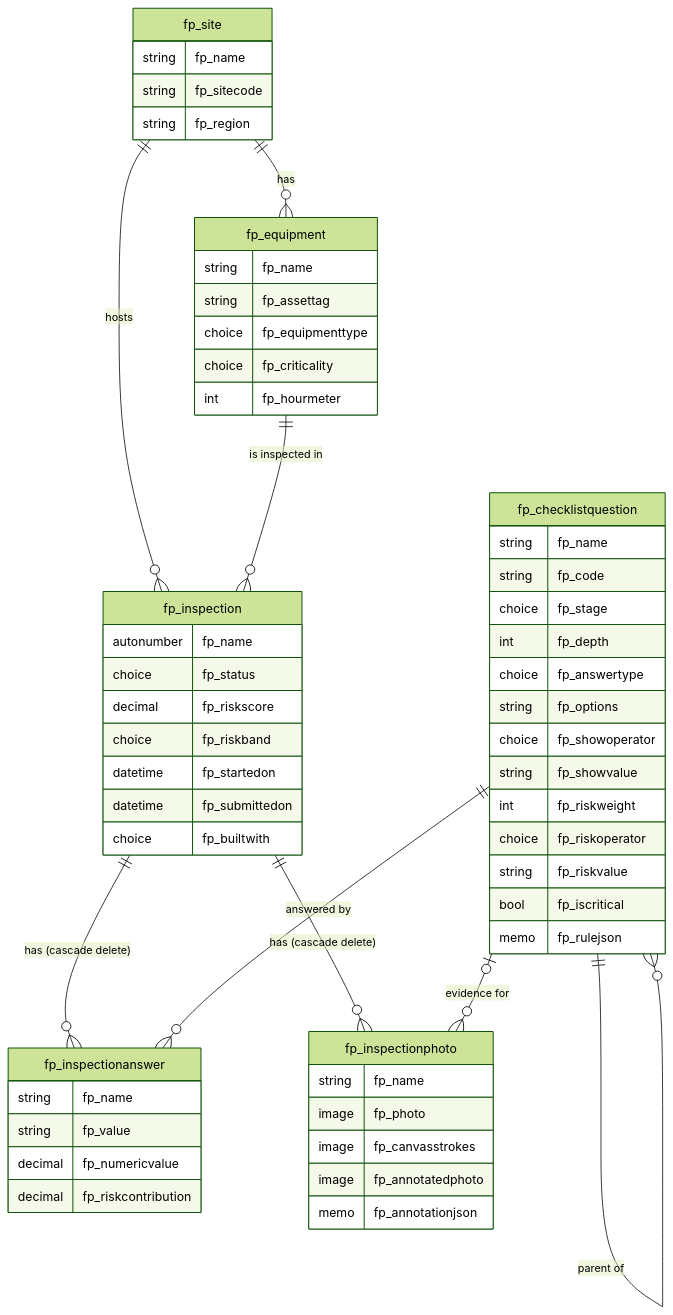
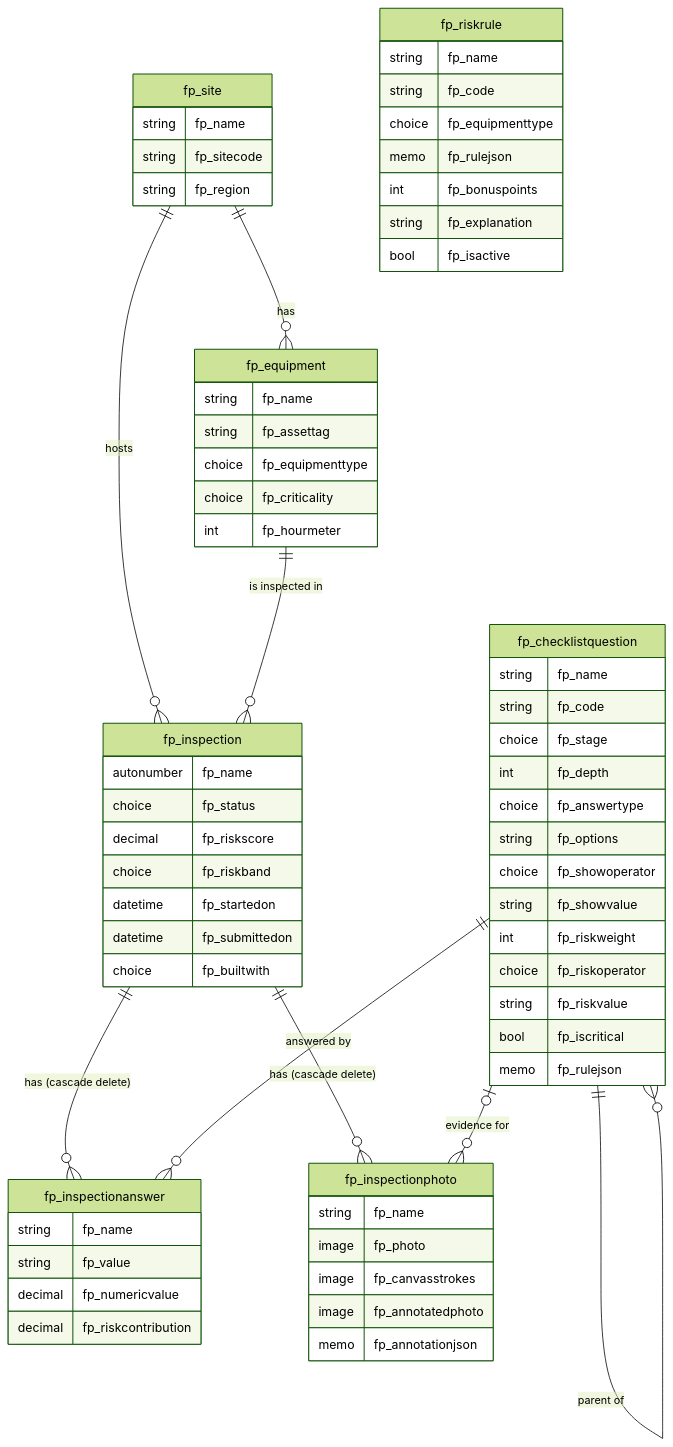
Before and after one commit to SRS014/canvas-vs-pcf-inspection: the diagram in docs/data-model.md, drawn with Mermaid (forest theme). The commit also changed other lines of this file and 4 other files, not shown here.

````diff
--- a/docs/data-model.md
+++ b/docs/data-model.md
@@ -5,18 +5,19 @@
 ```mermaid
 erDiagram
     fp_site ||--o{ fp_equipment : "has"
     fp_site ||--o{ fp_inspection : "hosts"
     fp_equipment ||--o{ fp_inspection : "is inspected in"
     fp_inspection ||--o{ fp_inspectionanswer : "has (cascade delete)"
     fp_inspection ||--o{ fp_inspectionphoto : "has (cascade delete)"
     fp_checklistquestion ||--o{ fp_checklistquestion : "parent of"
     fp_checklistquestion ||--o{ fp_inspectionanswer : "answered by"
     fp_checklistquestion |o--o{ fp_inspectionphoto : "evidence for"
 
     fp_site { string fp_name string fp_sitecode string fp_region }
     fp_equipment { string fp_name string fp_assettag choice fp_equipmenttype choice fp_criticality int fp_hourmeter }
     fp_checklistquestion { string fp_name string fp_code choice fp_stage int fp_depth choice fp_answertype string fp_options choice fp_showoperator string fp_showvalue int fp_riskweight choice fp_riskoperator string fp_riskvalue bool fp_iscritical memo fp_rulejson }
+    fp_riskrule { string fp_name string fp_code choice fp_equipmenttype memo fp_rulejson int fp_bonuspoints string fp_explanation bool fp_isactive }
     fp_inspection { autonumber fp_name choice fp_status decimal fp_riskscore choice fp_riskband datetime fp_startedon datetime fp_submittedon choice fp_builtwith }
     fp_inspectionanswer { string fp_name string fp_value decimal fp_numericvalue decimal fp_riskcontribution }
     fp_inspectionphoto { string fp_name image fp_photo image fp_canvasstrokes image fp_annotatedphoto memo fp_annotationjson }
 ```
````
